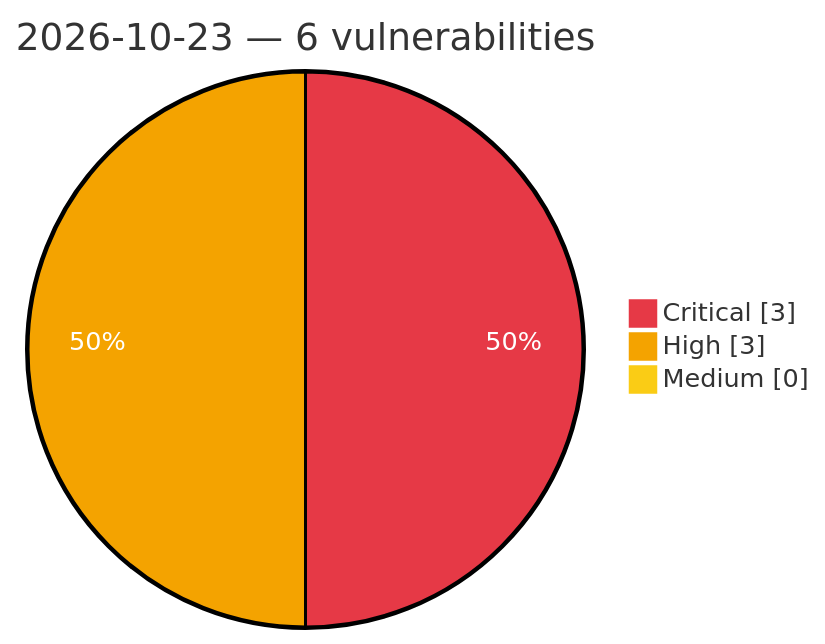
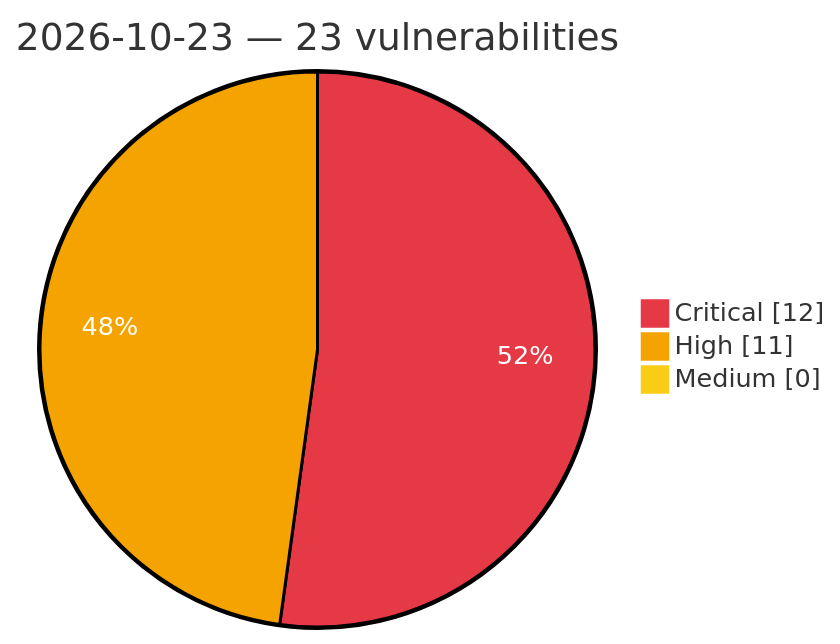
Before and after one commit to GhostX0X/vuln-tracker: the diagram in vulnerabilities/2026/October/2026-10-23.md, drawn with Mermaid. The commit also changed other lines of this file and 5 other files, not shown here.

Commit message:
Auto update: critical/high vulns (2026-10-23 11:00 UTC)

````diff
--- a/vulnerabilities/2026/October/2026-10-23.md
+++ b/vulnerabilities/2026/October/2026-10-23.md
@@ -3,8 +3,8 @@
 ```mermaid
 %%{init: {'theme':'base', 'themeVariables': {'pie1':'#e63946', 'pie2':'#f4a300', 'pie3':'#facc15', 'pieOpacity':'1', 'pieOuterStrokeWidth':'2px', 'pieSectionTextColor':'#ffffff'}}}%%
 pie showData
-    title 2026-10-23 — 6 vulnerabilities
-    "Critical" : 3
-    "High" : 3
+    title 2026-10-23 — 23 vulnerabilities
+    "Critical" : 12
+    "High" : 11
     "Medium" : 0
 ```
````
